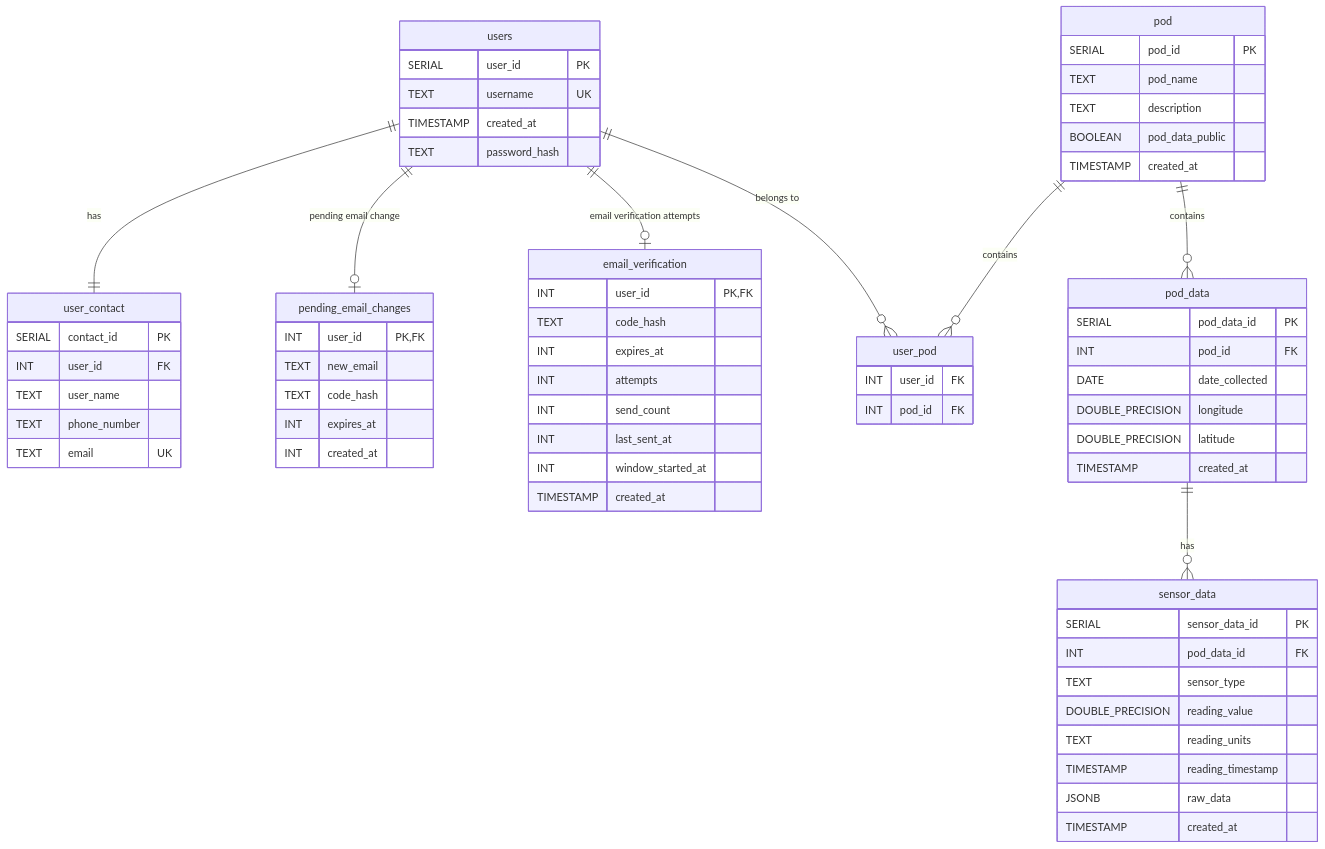
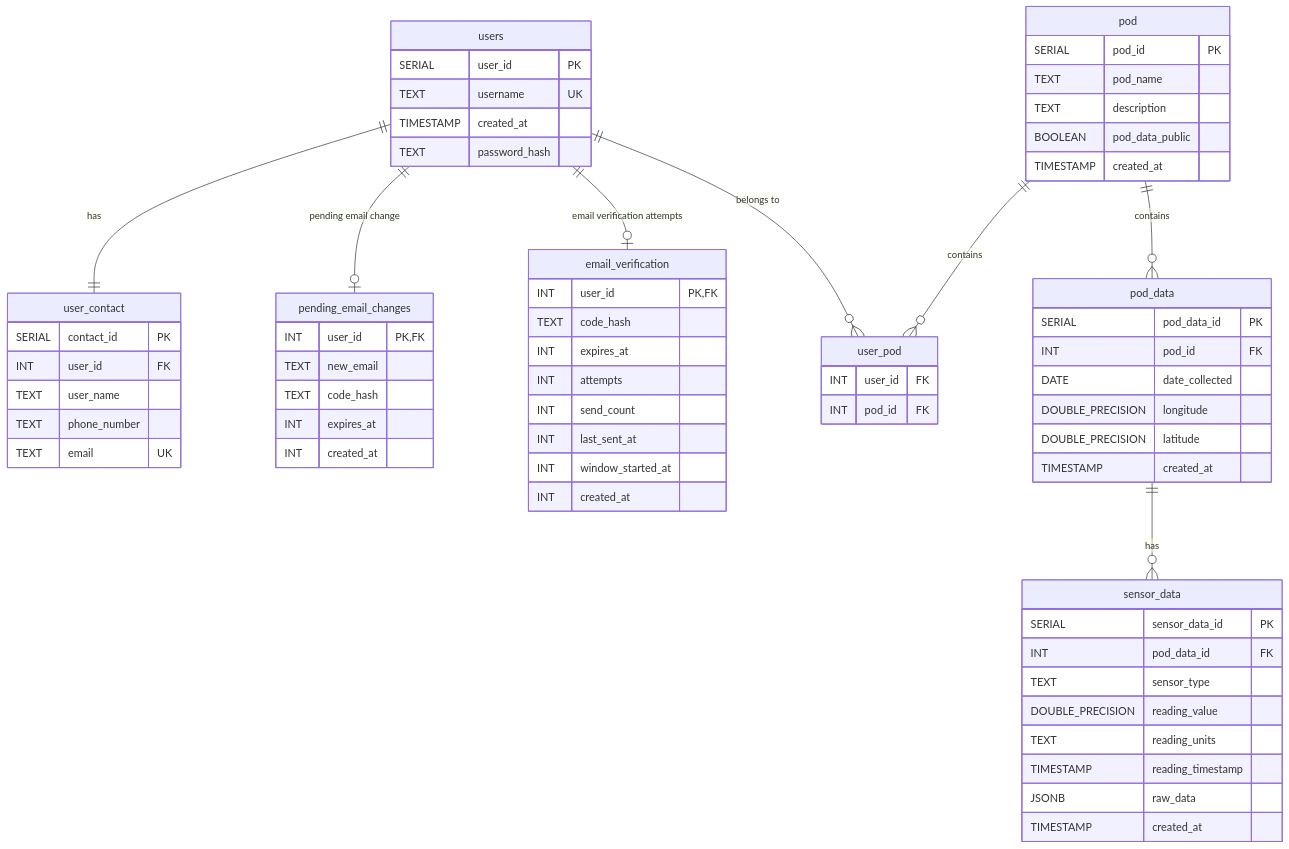
The diagram in Documentation/database_diagram.md (EricGosnell/Environmental-Variance-Analyzer), drawn with Mermaid before and after one commit. The commit also changed 2 other files, not shown here.

Commit message:
Replaced insecure code generation with cryptographically secure generation in user.js:17:
Math.random() -> crypto.randomInt(0, 1_000_000).toString().padStart(6, "0")
Standardized validation error shape in auth endpoints:

auth.js:311
auth.js:416
Both now return:
{ error: "Validation failed", details: [{ field, message }] }
Fixed diagram/schema type mismatch for email_verification.created_at in database_diagram.md:40:

TIMESTAMP -> INT (matches db.sql epoch-seconds storage)

````diff
--- a/Documentation/database_diagram.md
+++ b/Documentation/database_diagram.md
@@ -7,77 +7,77 @@
 ```mermaid
 erDiagram
     users {
         SERIAL user_id PK
         TEXT username UK
         TIMESTAMP created_at
         TEXT password_hash
     }
     
     user_contact {
         SERIAL contact_id PK
         INT user_id FK
         TEXT user_name
         TEXT phone_number
         TEXT email UK
     }
 
     pending_email_changes {
         INT user_id PK,FK
         TEXT new_email
         TEXT code_hash
         INT expires_at
         INT created_at
     }
     
     email_verification {
         INT user_id PK,FK
         TEXT code_hash
         INT expires_at
         INT attempts
         INT send_count
         INT last_sent_at
         INT window_started_at
-        TIMESTAMP created_at
+        INT created_at
     }
     
     pod {
         SERIAL pod_id PK
         TEXT pod_name
         TEXT description
         BOOLEAN pod_data_public
         TIMESTAMP created_at
     }
     
     user_pod {
         INT user_id FK
         INT pod_id FK
     }
     
     pod_data {
         SERIAL pod_data_id PK
         INT pod_id FK
         DATE date_collected
         DOUBLE_PRECISION longitude
         DOUBLE_PRECISION latitude
         TIMESTAMP created_at
     }
     
     sensor_data {
         SERIAL sensor_data_id PK
         INT pod_data_id FK
         TEXT sensor_type
         DOUBLE_PRECISION reading_value
         TEXT reading_units
         TIMESTAMP reading_timestamp
         JSONB raw_data
         TIMESTAMP created_at
     }
     
     users ||--|| user_contact : "has"
     users ||--o| pending_email_changes : "pending email change"
     users ||--o| email_verification : "email verification attempts"
     users ||--o{ user_pod : "belongs to"
     pod ||--o{ user_pod : "contains"
     pod ||--o{ pod_data : "contains"
     pod_data ||--o{ sensor_data : "has"
 ```
````
